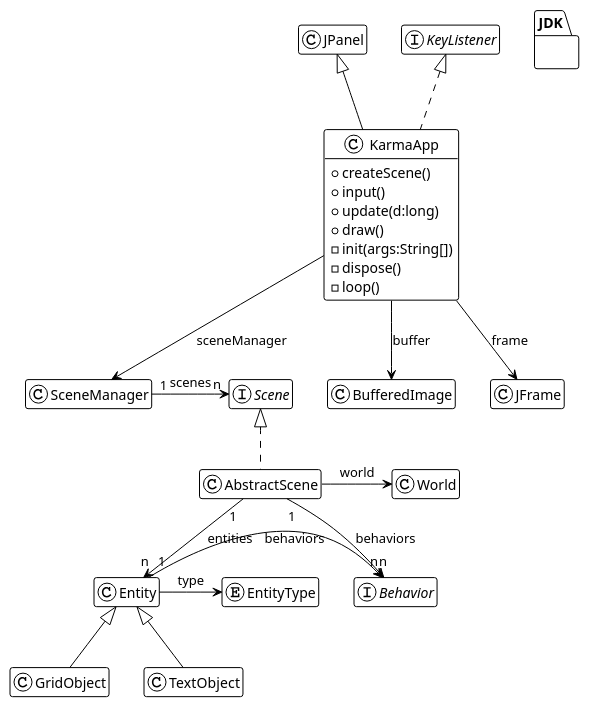
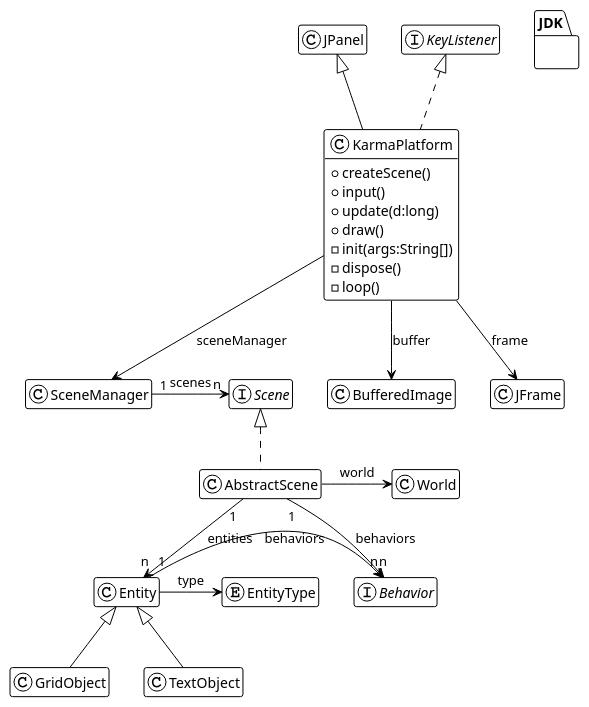
One commit to mcgivrer/karma changed the diagram in README.md. Above: the diagram before and after it, drawn with PlantUML. The commit also changed other lines of this file and 18 other files, not shown here.

````diff
--- a/README.md
+++ b/README.md
@@ -17,40 +17,40 @@
 ```plantuml
 @startuml
 !theme plain
 hide methods
 hide attributes
 
-class KarmaApp extends JPanel implements KeyListener{
+class KarmaPlatform extends JPanel implements KeyListener{
   +createScene()
   +input()
   +update(d:long)
   +draw()
   -init(args:String[])
   -dispose()
   -loop()
 }
 package JDK{
 }
-show KarmaApp methods 
+show KarmaPlatform methods 
 enum EntityType
 class Entity
 class World
 class GridObject extends Entity
 class TextObject extends Entity
 interface Behavior
 interface Scene
 class SceneManager
 class AbstractScene implements Scene
 
 AbstractScene "1" --> "n" Entity:entities
 AbstractScene -> World:world
 AbstractScene "1"-->"n" Behavior:behaviors
 Entity "1" -> "n" Behavior:behaviors
 Entity -> EntityType:type
-KarmaApp --> BufferedImage:buffer
-KarmaApp -->  JFrame:frame
-KarmaApp --> SceneManager:sceneManager
+KarmaPlatform --> BufferedImage:buffer
+KarmaPlatform -->  JFrame:frame
+KarmaPlatform --> SceneManager:sceneManager
 SceneManager "1"->"n" Scene:scenes
 
 @enduml
 ```
````
